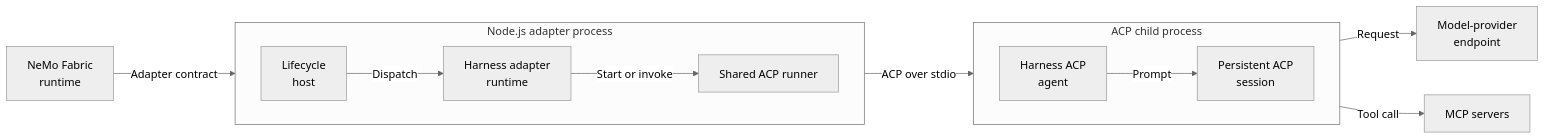
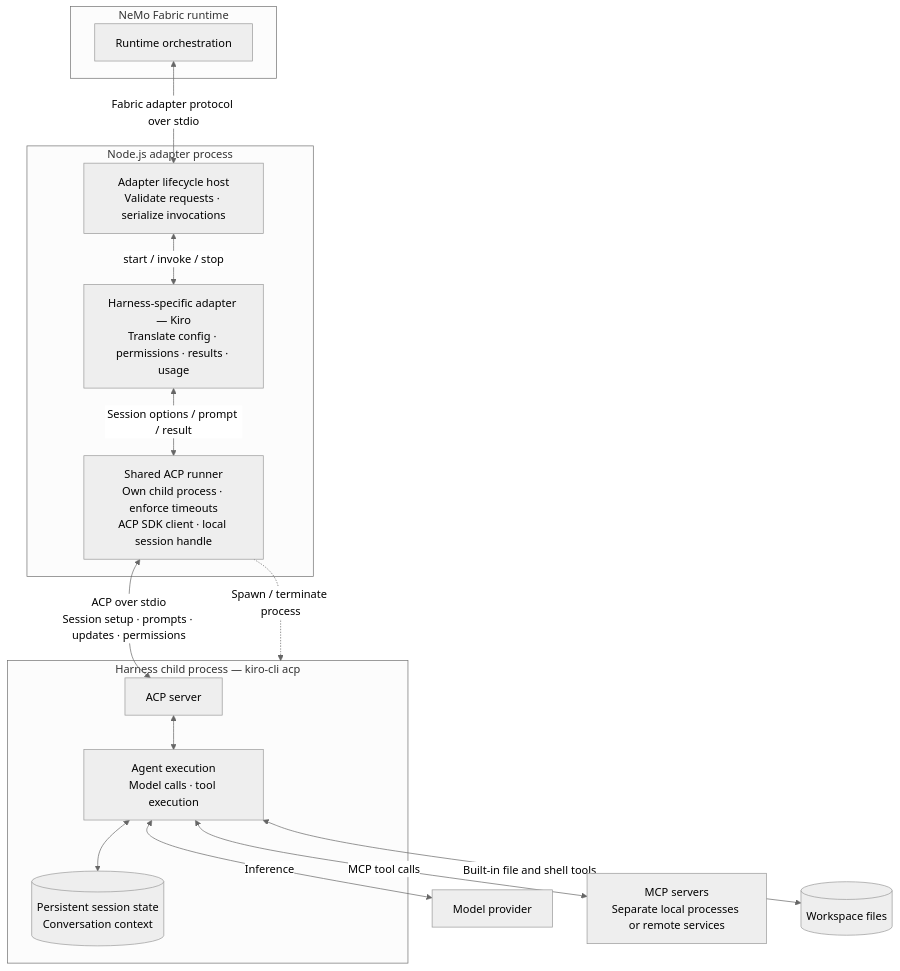
Before and after one commit to NVIDIA/NeMo-Fabric: the diagram in adapters/typescript/common/acp-runner.md, drawn with Mermaid (neutral theme). The commit also changed other lines of this file, not shown here.

Commit message:
docs: clarify ACP runner functional boundaries

````diff
--- a/adapters/typescript/common/acp-runner.md
+++ b/adapters/typescript/common/acp-runner.md
@@ -16,20 +16,36 @@
 ```mermaid
-flowchart LR
-  Fabric["NeMo Fabric<br/>runtime"]
+flowchart TB
+  subgraph Fabric["NeMo Fabric runtime"]
+    Runtime["Runtime orchestration"]
+  end
 
   subgraph AdapterProcess["Node.js adapter process"]
-    direction LR
-    Host["Lifecycle<br/>host"] -->|Dispatch| Adapter["Harness adapter<br/>runtime"]
-    Adapter -->|Start or invoke| Runner["Shared ACP runner"]
+    Host["Adapter lifecycle host<br/>Validate requests · serialize invocations"]
+    Adapter["Harness-specific adapter — Kiro<br/>Translate config · permissions · results · usage"]
+    Runner["Shared ACP runner<br/>Own child process · enforce timeouts<br/>ACP SDK client · local session handle"]
+
+    Host <-->|"start / invoke / stop"| Adapter
+    Adapter <-->|"Session options / prompt / result"| Runner
   end
 
-  subgraph AgentProcess["ACP child process"]
-    direction LR
-    Agent["Harness ACP<br/>agent"] -->|Prompt| Session["Persistent ACP<br/>session"]
+  subgraph HarnessProcess["Harness child process — kiro-cli acp"]
+    Endpoint["ACP server"]
+    Engine["Agent execution<br/>Model calls · tool execution"]
+    State[("Persistent session state<br/>Conversation context")]
+
+    Endpoint <--> Engine
+    Engine <--> State
   end
 
-  Fabric -->|"Adapter contract"| Host
-  Runner -->|"ACP over stdio"| Agent
-  Session -->|Request| Provider["Model-provider<br/>endpoint"]
-  Session -->|Tool call| MCP["MCP servers"]
+  Model["Model provider"]
+  MCP["MCP servers<br/>Separate local processes or remote services"]
+  Workspace[("Workspace files")]
+
+  Runtime <-->|"Fabric adapter protocol over stdio"| Host
+  Runner <-->|"ACP over stdio<br/>Session setup · prompts · updates · permissions"| Endpoint
+  Runner -.->|"Spawn / terminate process"| HarnessProcess
+
+  Engine <-->|"Inference"| Model
+  Engine <-->|"MCP tool calls"| MCP
+  Engine <-->|"Built-in file and shell tools"| Workspace
 ```
````
